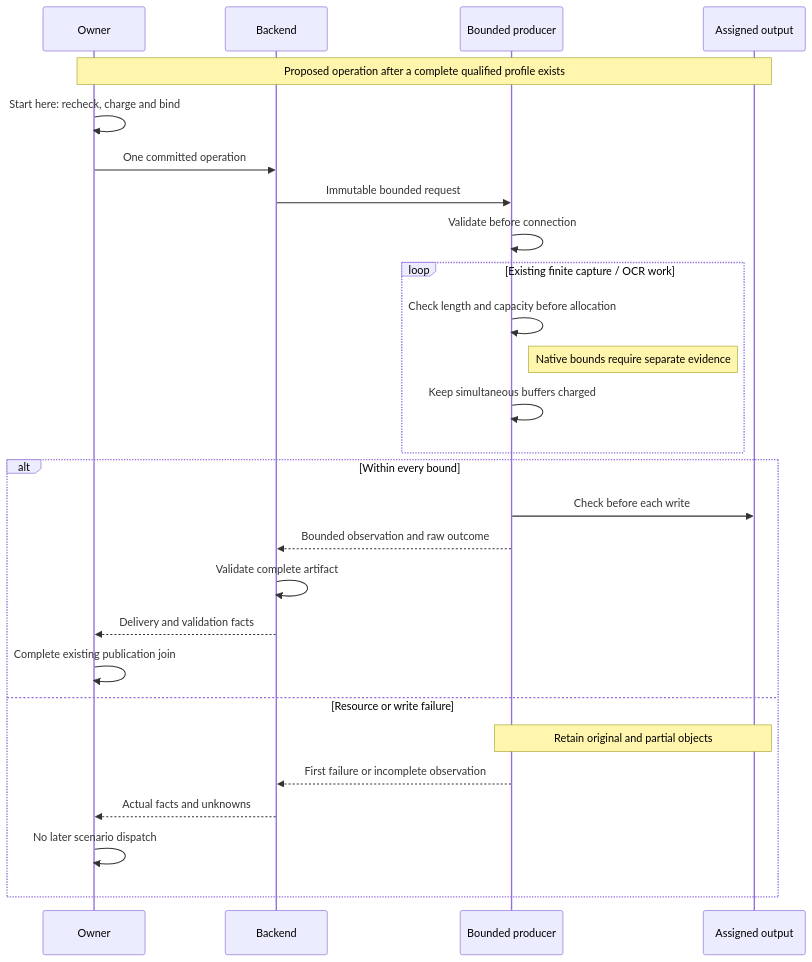
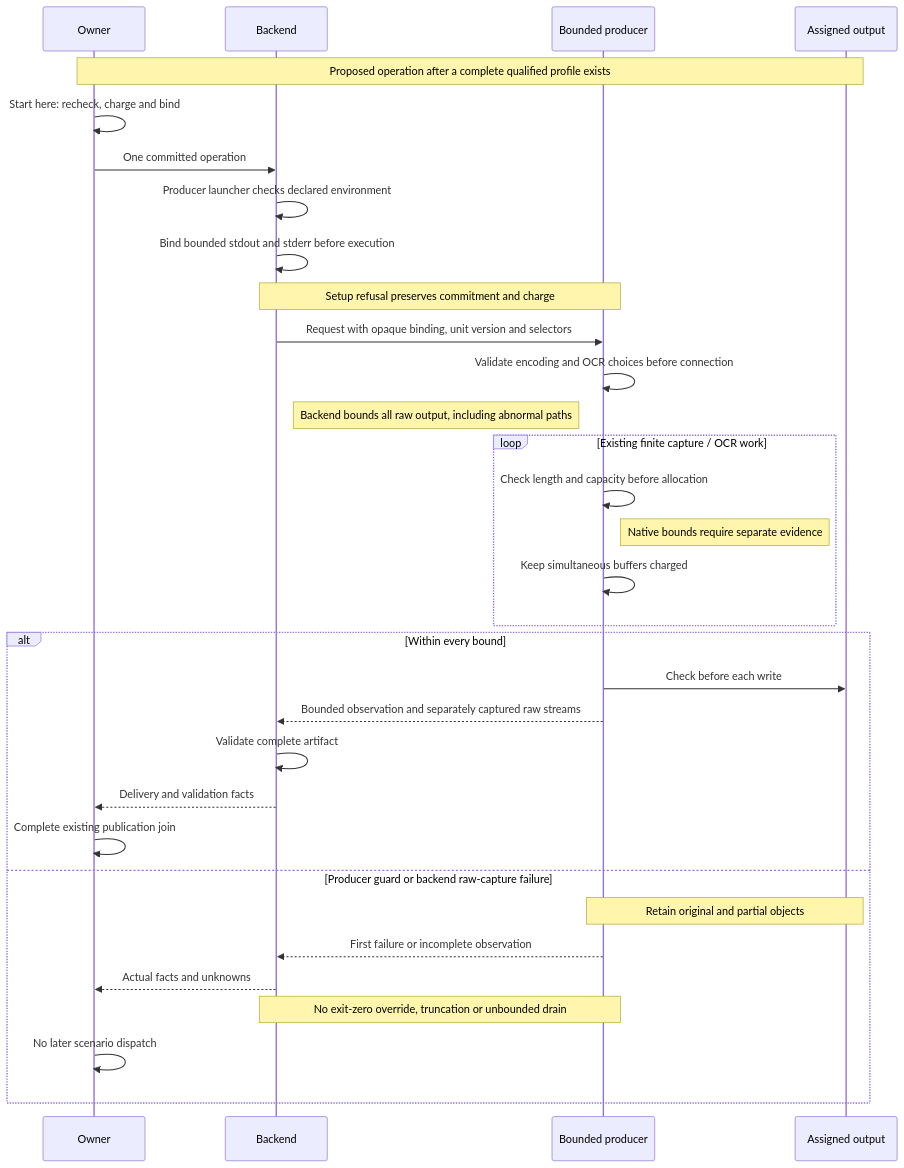
Before and after one commit to Linkuistics/Koine: the diagram in docs/design/architecture/settings-activation/keepalive-producer.mmd, drawn with Mermaid. The commit also changed 14 other files, not shown here.

Commit message:
settings-keepalive-producer-contract-k114: integrate bounded producer review

```diff
--- a/docs/design/architecture/settings-activation/keepalive-producer.mmd
+++ b/docs/design/architecture/settings-activation/keepalive-producer.mmd
@@ -1,27 +1,32 @@
 sequenceDiagram
     participant O as Owner
     participant B as Backend
     participant P as Bounded producer
     participant A as Assigned output
     Note over O,A: Proposed operation after a complete qualified profile exists
     O->>O: Start here: recheck, charge and bind
     O->>B: One committed operation
-    B->>P: Immutable bounded request
-    P->>P: Validate before connection
+    B->>B: Producer launcher checks declared environment
+    B->>B: Bind bounded stdout and stderr before execution
+    Note over B,P: Setup refusal preserves commitment and charge
+    B->>P: Request with opaque binding, unit version and selectors
+    P->>P: Validate encoding and OCR choices before connection
+    Note right of B: Backend bounds all raw output, including abnormal paths
     loop Existing finite capture / OCR work
         P->>P: Check length and capacity before allocation
         Note right of P: Native bounds require separate evidence
         P->>P: Keep simultaneous buffers charged
     end
     alt Within every bound
         P->>A: Check before each write
-        P-->>B: Bounded observation and raw outcome
+        P-->>B: Bounded observation and separately captured raw streams
         B->>B: Validate complete artifact
         B-->>O: Delivery and validation facts
         O->>O: Complete existing publication join
-    else Resource or write failure
+    else Producer guard or backend raw-capture failure
         Note over P,A: Retain original and partial objects
         P-->>B: First failure or incomplete observation
         B-->>O: Actual facts and unknowns
+        Note over B,P: No exit-zero override, truncation or unbounded drain
         O->>O: No later scenario dispatch
     end
```
